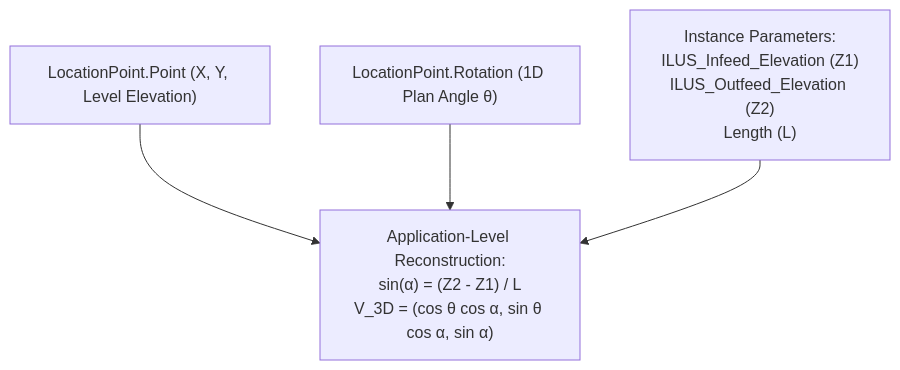
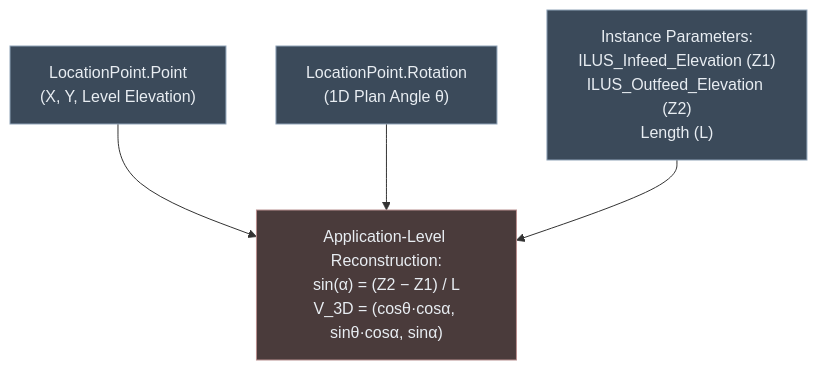
One commit to Mustafa-TOMMY/CommandSamplesRevitApiVer2025 changed the third of 7 diagrams in RevitApiSamples/Samples/Transform/Transform.md. Above: the diagram before and after it, drawn with Mermaid. The commit also changed other lines of this file, not shown here.

````diff
--- a/RevitApiSamples/Samples/Transform/Transform.md
+++ b/RevitApiSamples/Samples/Transform/Transform.md
@@ -70,10 +78,15 @@
 ```mermaid
 flowchart TD
-    Origin["LocationPoint.Point (X, Y, Level Elevation)"]
-    Rot["LocationPoint.Rotation (1D Plan Angle θ)"]
+    Origin["LocationPoint.Point<br/>(X, Y, Level Elevation)"]
+    Rot["LocationPoint.Rotation<br/>(1D Plan Angle θ)"]
     Params["Instance Parameters:<br/>ILUS_Infeed_Elevation (Z1)<br/>ILUS_Outfeed_Elevation (Z2)<br/>Length (L)"]
-    
-    Origin --> Math["Application-Level Reconstruction:<br/>sin(α) = (Z2 - Z1) / L<br/>V_3D = (cos θ cos α, sin θ cos α, sin α)"]
-    Rot --> Math
-    Params --> Math
+
+    Origin --> Recon["Application-Level Reconstruction:<br/>sin(α) = (Z2 − Z1) / L<br/>V_3D = (cosθ·cosα, sinθ·cosα, sinα)"]
+    Rot --> Recon
+    Params --> Recon
+
+    classDef input fill:#3b4a5a,stroke:#8fa3b8,color:#e8edf2;
+    classDef derived fill:#4a3b3b,stroke:#b88f8f,color:#e8edf2;
+    class Origin,Rot,Params input
+    class Recon derived
 ```
````
